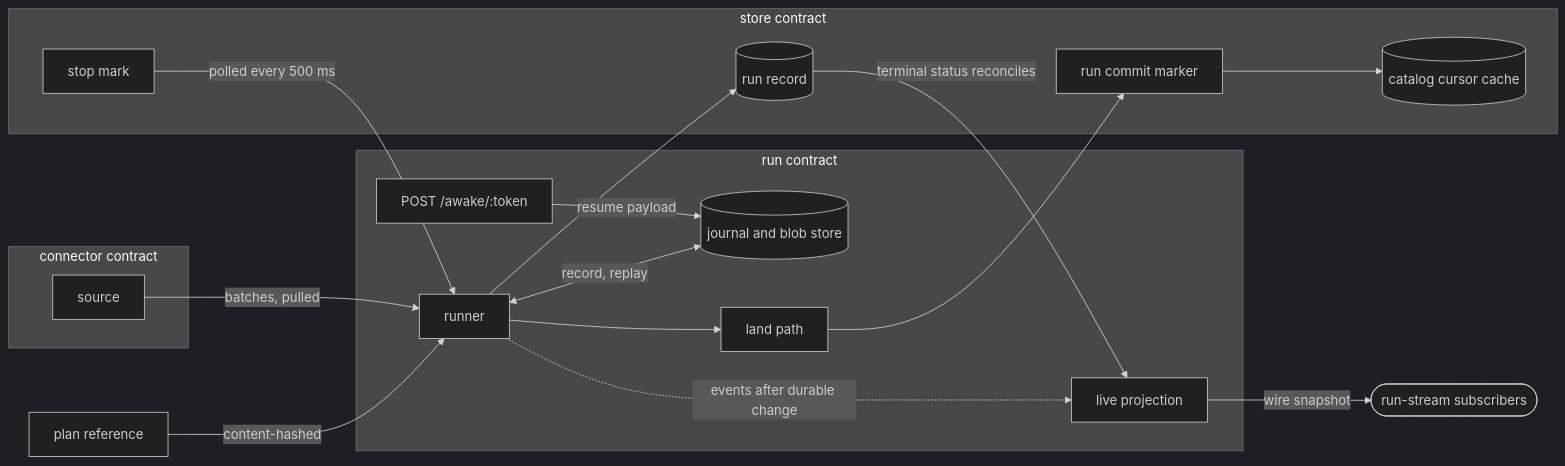
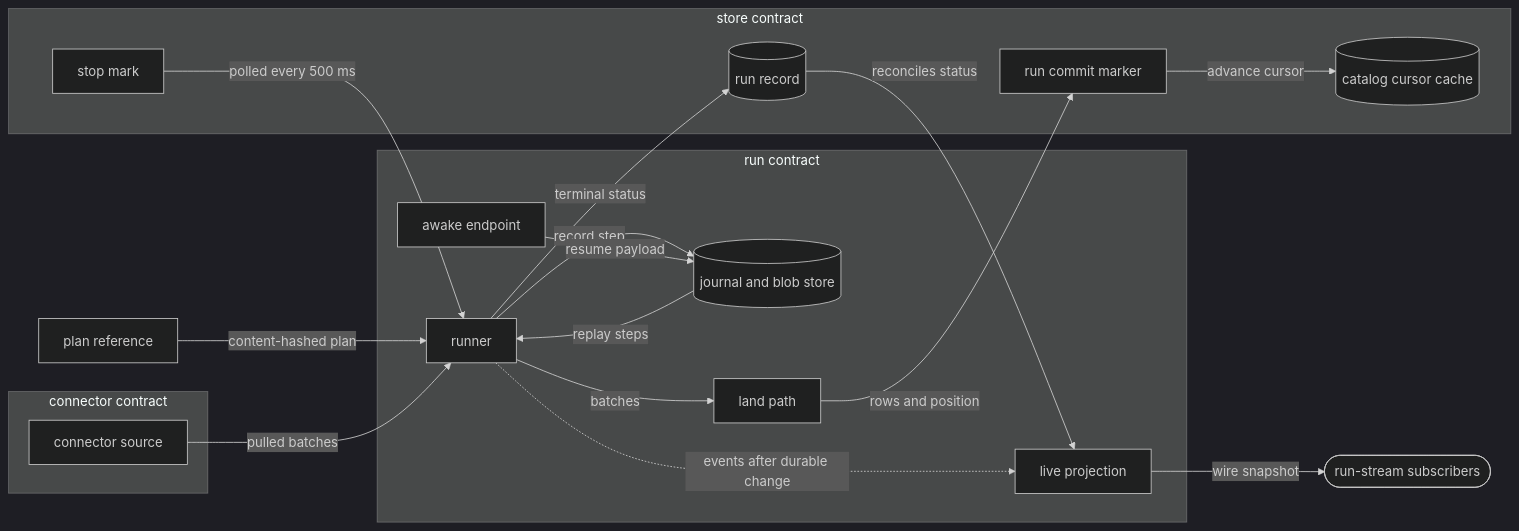
Before and after one commit to fractalboxdev/contextful: the first of 6 diagrams in spec/30-run.md, drawn with Mermaid (dark theme). The commit also changed other lines of this file and 31 other files, not shown here.

First line of the commit message:
spec: every diagram draws things as nodes and what flows as labelled edges

````diff
--- a/spec/30-run.md
+++ b/spec/30-run.md
@@ -23,31 +23,32 @@
 ```mermaid
 flowchart LR
-  PLAN["plan reference"] -->|"content-hashed"| RUN
+  PLAN["plan reference"] -->|"content-hashed plan"| RUN
   subgraph CONN["connector contract"]
-    SRC["source"]
+    SRC["connector source"]
   end
   subgraph RUNC["run contract"]
     RUN["runner"]
     J[("journal and blob store")]
-    AW["POST /awake/:token"]
+    AW["awake endpoint"]
     HUB["live projection"]
     LAND["land path"]
   end
   subgraph STORE["store contract"]
     MARK["run commit marker"]
     CUR[("catalog cursor cache")]
     STOP["stop mark"]
     REC[("run record")]
   end
-  SRC -->|"batches, pulled"| RUN
-  RUN <-->|"record, replay"| J
+  SRC -->|"pulled batches"| RUN
+  RUN -->|"record step"| J
+  J -->|"replay steps"| RUN
   AW -->|"resume payload"| J
-  RUN --> LAND
-  LAND --> MARK
-  MARK --> CUR
+  RUN -->|"batches"| LAND
+  LAND -->|"rows and position"| MARK
+  MARK -->|"advance cursor"| CUR
   STOP -->|"polled every 500 ms"| RUN
-  RUN --> REC
-  RUN -. "events after durable change" .-> HUB
-  REC -->|"terminal status reconciles"| HUB
+  RUN -->|"terminal status"| REC
+  RUN -.->|"events after durable change"| HUB
+  REC -->|"reconciles status"| HUB
   HUB -->|"wire snapshot"| SUB(["run-stream subscribers"])
 ```
````
